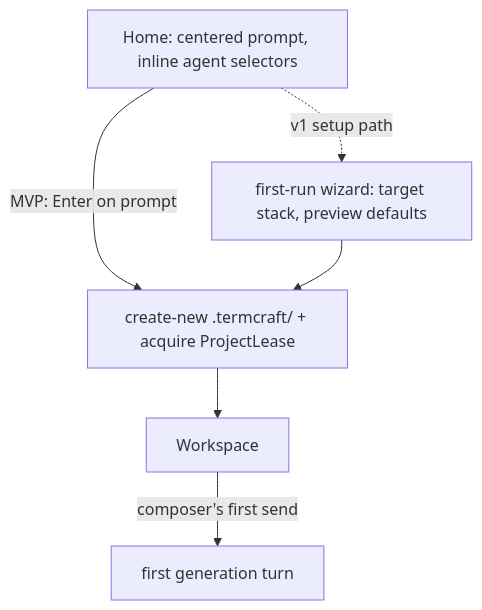
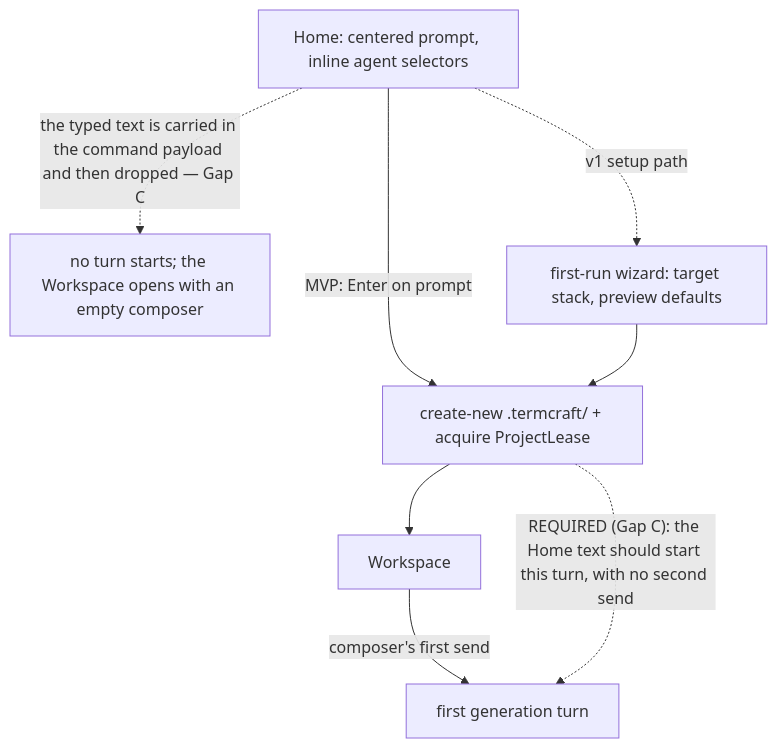
Before and after one commit to khmilevoi/termcraft: the second of 2 diagrams in docs/architecture/flows/launch.md, drawn with Mermaid. The commit also changed other lines of this file and 45 other files, not shown here.

````diff
--- a/docs/architecture/flows/launch.md
+++ b/docs/architecture/flows/launch.md
@@ -28,8 +28,10 @@
 ```mermaid
 flowchart TD
     home["Home: centered prompt, inline agent selectors"] -- "MVP: Enter on prompt" --> create["create-new .termcraft/ + acquire ProjectLease"]
+    home -. "the typed text is carried in the command payload and then dropped — Gap C" .-> lost["no turn starts; the Workspace opens with an empty composer"]
     home -. "v1 setup path" .-> wizard["first-run wizard: target stack, preview defaults"]
     wizard --> create
     create --> ws["Workspace"]
     ws -- "composer's first send" --> firstgen["first generation turn"]
+    create -. "REQUIRED (Gap C): the Home text should start this turn, with no second send" .-> firstgen
 ```
````
